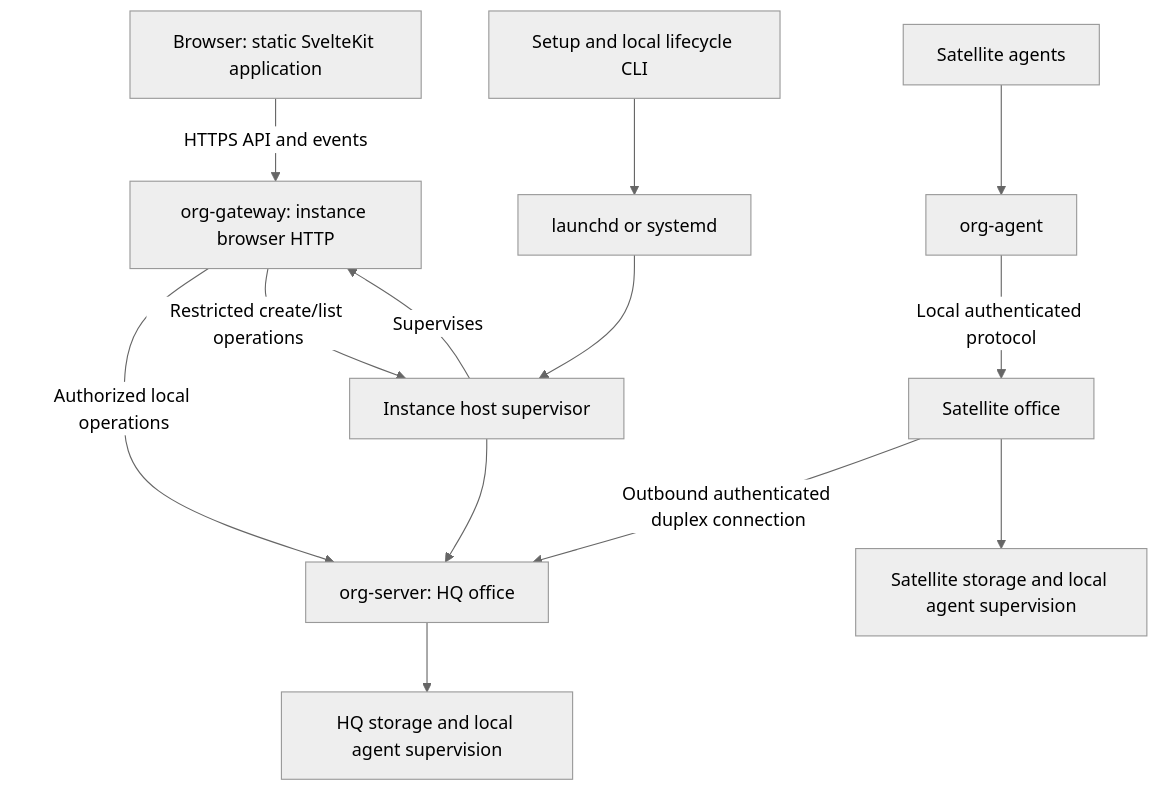
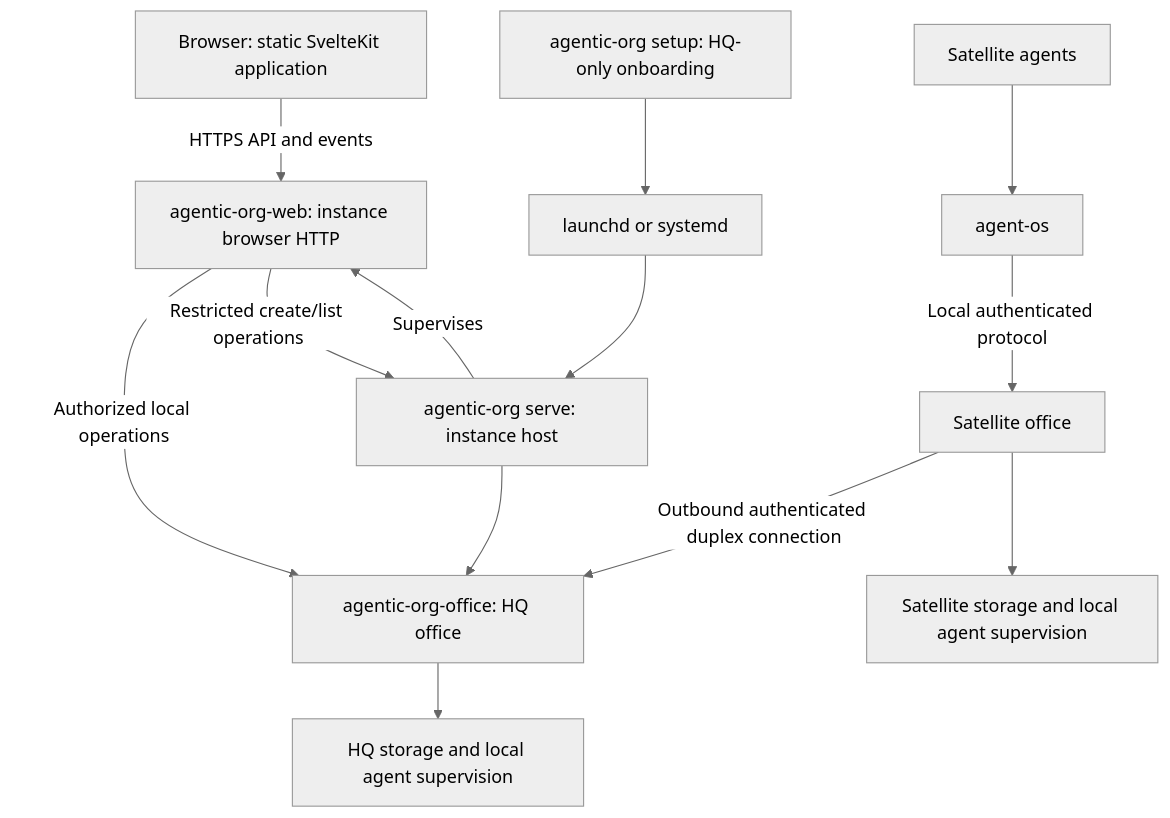
The diagram in docs/design/standalone-server.md (vgmello/agentic-org), drawn with Mermaid (neutral theme) before and after one commit. The commit also changed other lines of this file and 17 other files, not shown here.

Commit message:
docs: align HQ-only setup and executable architecture across v1

````diff
--- a/docs/design/standalone-server.md
+++ b/docs/design/standalone-server.md
@@ -20,15 +20,15 @@
 ```mermaid
 flowchart TD
-    Browser[Browser: static SvelteKit application] -->|HTTPS API and events| Gateway[org-gateway: instance browser HTTP]
-    Gateway -->|Authorized local operations| HQ[org-server: HQ office]
+    Browser[Browser: static SvelteKit application] -->|HTTPS API and events| Gateway[agentic-org-web: instance browser HTTP]
+    Gateway -->|Authorized local operations| HQ[agentic-org-office: HQ office]
     Gateway -->|Restricted create/list operations| Instance
     HQ --> HQWork[HQ storage and local agent supervision]
     Sat[Satellite office] -->|Outbound authenticated duplex connection| HQ
     Sat --> SatWork[Satellite storage and local agent supervision]
-    Agents[Satellite agents] --> CLI[org-agent]
+    Agents[Satellite agents] --> CLI[agent-os]
     CLI -->|Local authenticated protocol| Sat
-    OS[launchd or systemd] --> Instance[Instance host supervisor]
+    OS[launchd or systemd] --> Instance[agentic-org serve: instance host]
     Instance --> HQ
     Instance -->|Supervises| Gateway
-    Setup[Setup and local lifecycle CLI] --> OS
+    Setup[agentic-org setup: HQ-only onboarding] --> OS
 ```
````
